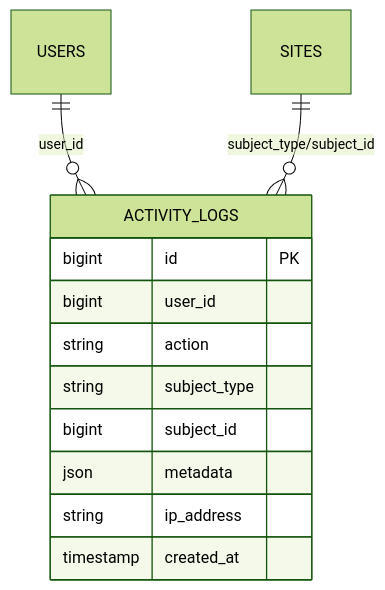
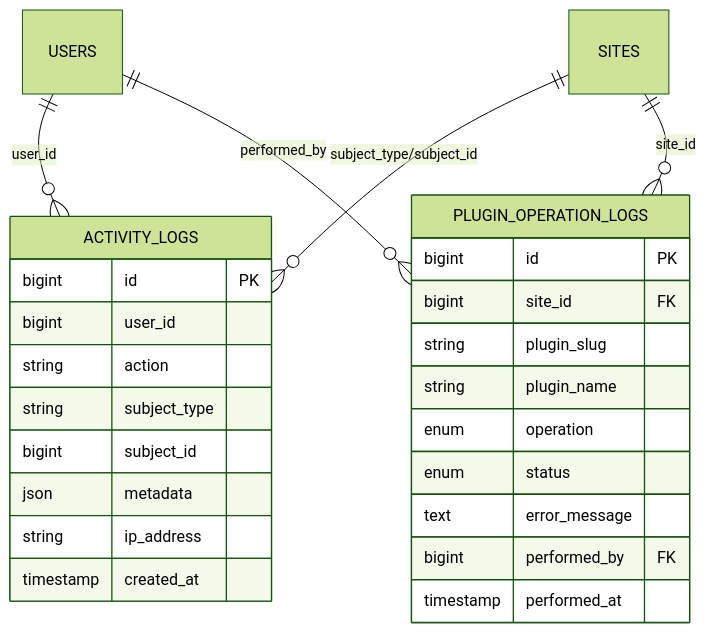
Before and after one commit to FCS-WP/website_portal: the third of 9 diagrams in .qoder/repowiki/en/content/Activity Logging & Auditing/Activity Logging & Auditing.md, drawn with Mermaid (forest theme). The commit also changed other lines of this file and 30 other files, not shown here.

````diff
--- a/.qoder/repowiki/en/content/Activity Logging & Auditing/Activity Logging & Auditing.md
+++ b/.qoder/repowiki/en/content/Activity Logging & Auditing/Activity Logging & Auditing.md
@@ -156,15 +203,28 @@
 ```mermaid
 erDiagram
 ACTIVITY_LOGS {
 bigint id PK
 bigint user_id
 string action
 string subject_type
 bigint subject_id
 json metadata
 string ip_address
 timestamp created_at
 }
+PLUGIN_OPERATION_LOGS {
+bigint id PK
+bigint site_id FK
+string plugin_slug
+string plugin_name
+enum operation
+enum status
+text error_message
+bigint performed_by FK
+timestamp performed_at
+}
 USERS ||--o{ ACTIVITY_LOGS : "user_id"
 SITES ||--o{ ACTIVITY_LOGS : "subject_type/subject_id"
+SITES ||--o{ PLUGIN_OPERATION_LOGS : "site_id"
+USERS ||--o{ PLUGIN_OPERATION_LOGS : "performed_by"
 ```
````
